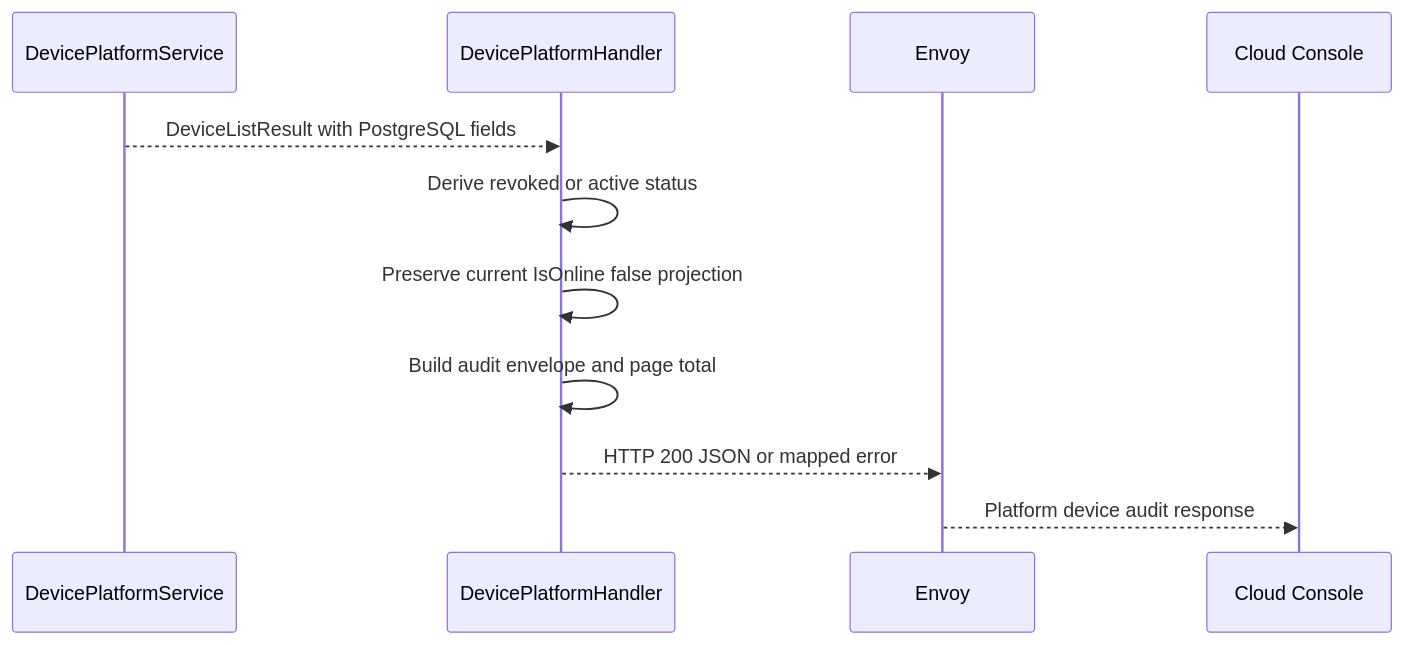
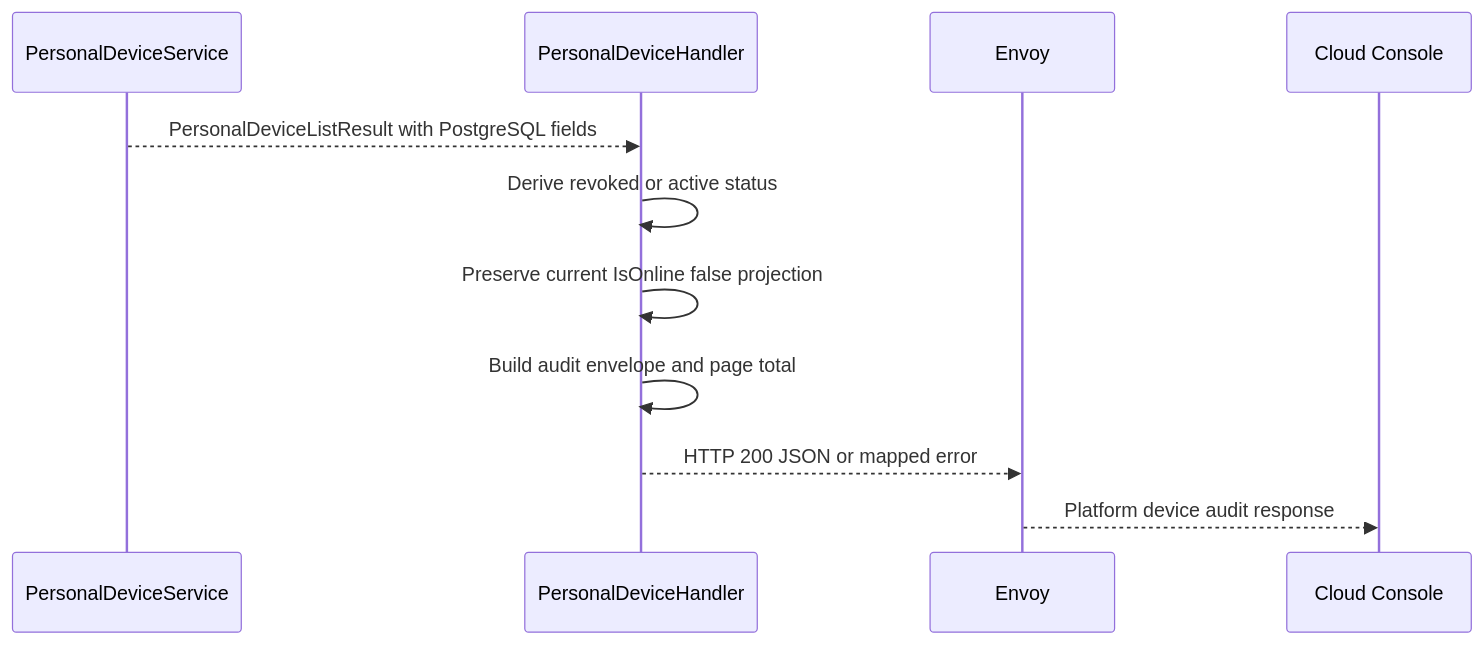
The third of 3 diagrams in god_view/iam/platform_user_device_audit_god_view_workflow.md (phucle996/aurora), drawn with Mermaid before and after one commit. The commit also changed other lines of this file and 68 other files, not shown here.

Commit message:
refactor: consolidate device management services and repositories into new personal and self device abstractions

````diff
--- a/god_view/iam/platform_user_device_audit_god_view_workflow.md
+++ b/god_view/iam/platform_user_device_audit_god_view_workflow.md
@@ -243,14 +249,14 @@
 ```mermaid
 sequenceDiagram
-    participant Service as DevicePlatformService
-    participant Handler as DevicePlatformHandler
+    participant Service as PersonalDeviceService
+    participant Handler as PersonalDeviceHandler
     participant Envoy as Envoy
     participant Browser as Cloud Console
 
-    Service-->>Handler: DeviceListResult with PostgreSQL fields
+    Service-->>Handler: PersonalDeviceListResult with PostgreSQL fields
     Handler->>Handler: Derive revoked or active status
     Handler->>Handler: Preserve current IsOnline false projection
     Handler->>Handler: Build audit envelope and page total
     Handler-->>Envoy: HTTP 200 JSON or mapped error
     Envoy-->>Browser: Platform device audit response
 ```
````
